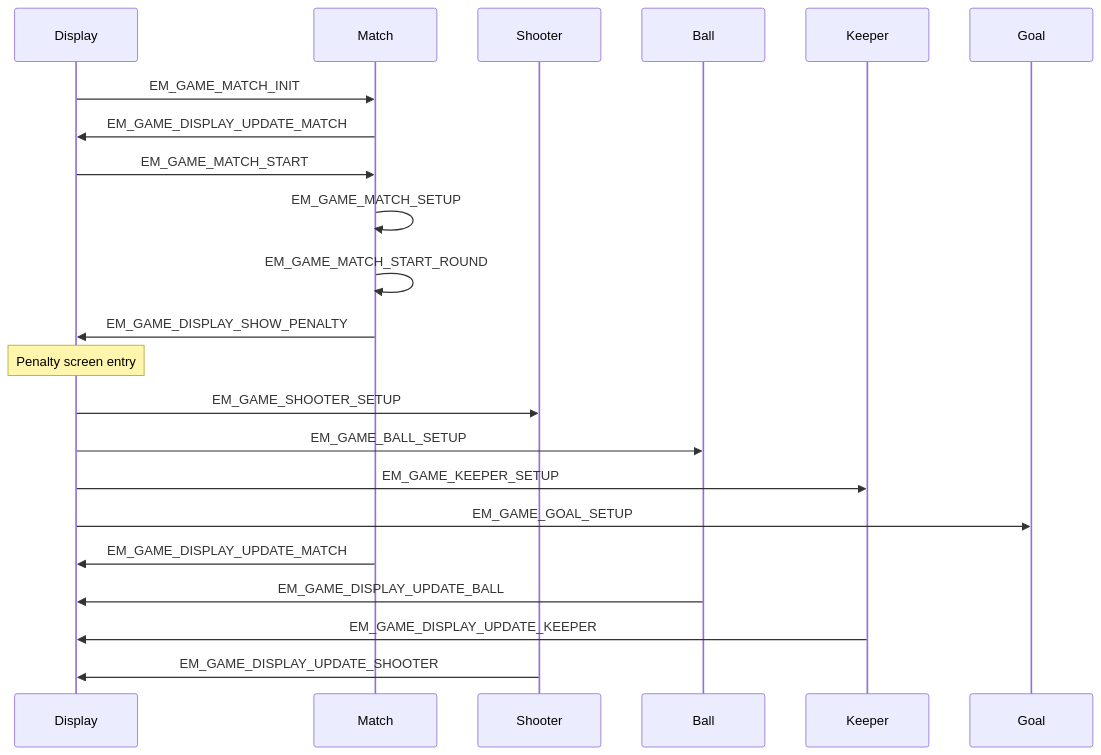
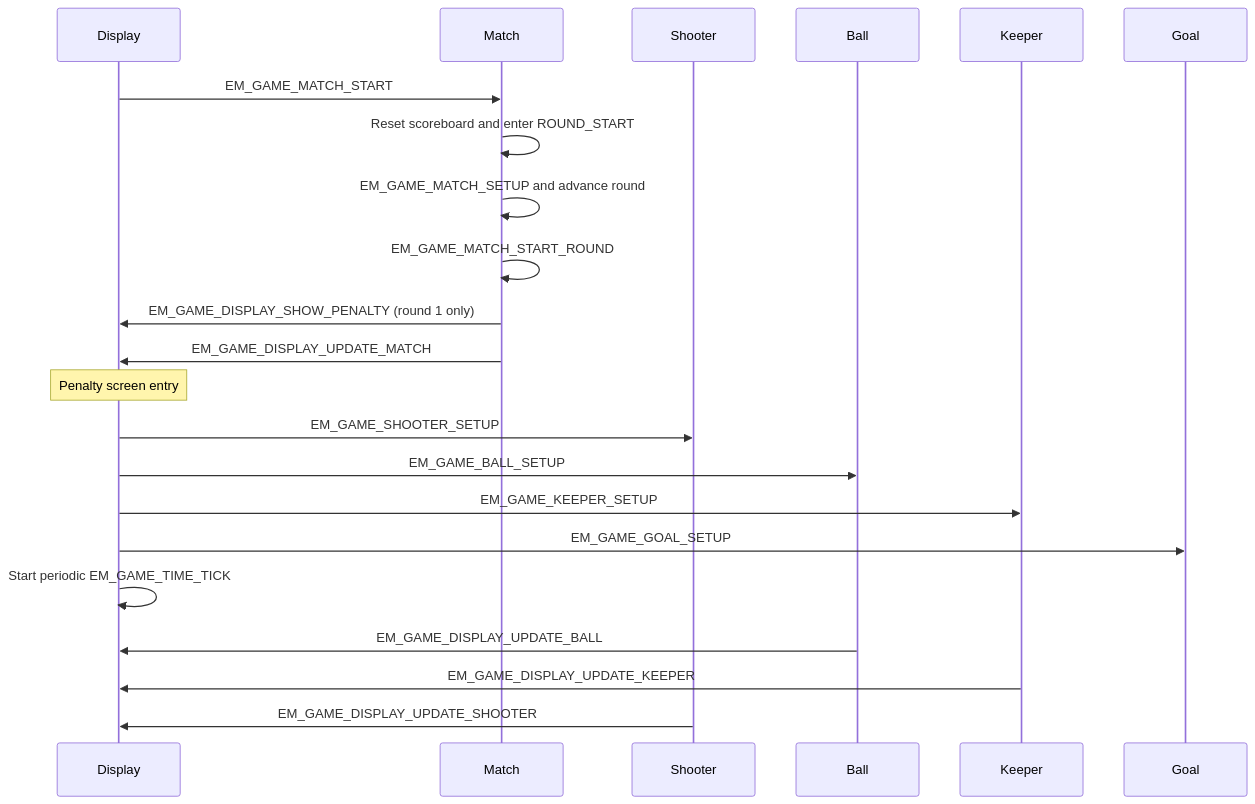
One commit to caotrongphuoc/11m-game changed the second of 6 diagrams in docs/03-design-sequence-object.md. Above: the diagram before and after it, drawn with Mermaid. The commit also changed other lines of this file and 1 other file, not shown here.

Commit message:
[DOC] complete em_game runtime and object sequences

````diff
--- a/docs/03-design-sequence-object.md
+++ b/docs/03-design-sequence-object.md
@@ -18,25 +46,25 @@
 ```mermaid
 sequenceDiagram
     participant Display
     participant Match
     participant Shooter
     participant Ball
     participant Keeper
     participant Goal
 
-    Display->>Match: EM_GAME_MATCH_INIT
+    Display->>Match: EM_GAME_MATCH_START
+    Match->>Match: Reset scoreboard and enter ROUND_START
+    Match->>Match: EM_GAME_MATCH_SETUP and advance round
+    Match->>Match: EM_GAME_MATCH_START_ROUND
+    Match->>Display: EM_GAME_DISPLAY_SHOW_PENALTY (round 1 only)
     Match->>Display: EM_GAME_DISPLAY_UPDATE_MATCH
-    Display->>Match: EM_GAME_MATCH_START
-    Match->>Match: EM_GAME_MATCH_SETUP
-    Match->>Match: EM_GAME_MATCH_START_ROUND
-    Match->>Display: EM_GAME_DISPLAY_SHOW_PENALTY
     Note over Display: Penalty screen entry
     Display->>Shooter: EM_GAME_SHOOTER_SETUP
     Display->>Ball: EM_GAME_BALL_SETUP
     Display->>Keeper: EM_GAME_KEEPER_SETUP
     Display->>Goal: EM_GAME_GOAL_SETUP
-    Match->>Display: EM_GAME_DISPLAY_UPDATE_MATCH
+    Display->>Display: Start periodic EM_GAME_TIME_TICK
     Ball->>Display: EM_GAME_DISPLAY_UPDATE_BALL
     Keeper->>Display: EM_GAME_DISPLAY_UPDATE_KEEPER
     Shooter->>Display: EM_GAME_DISPLAY_UPDATE_SHOOTER
 ```
````
